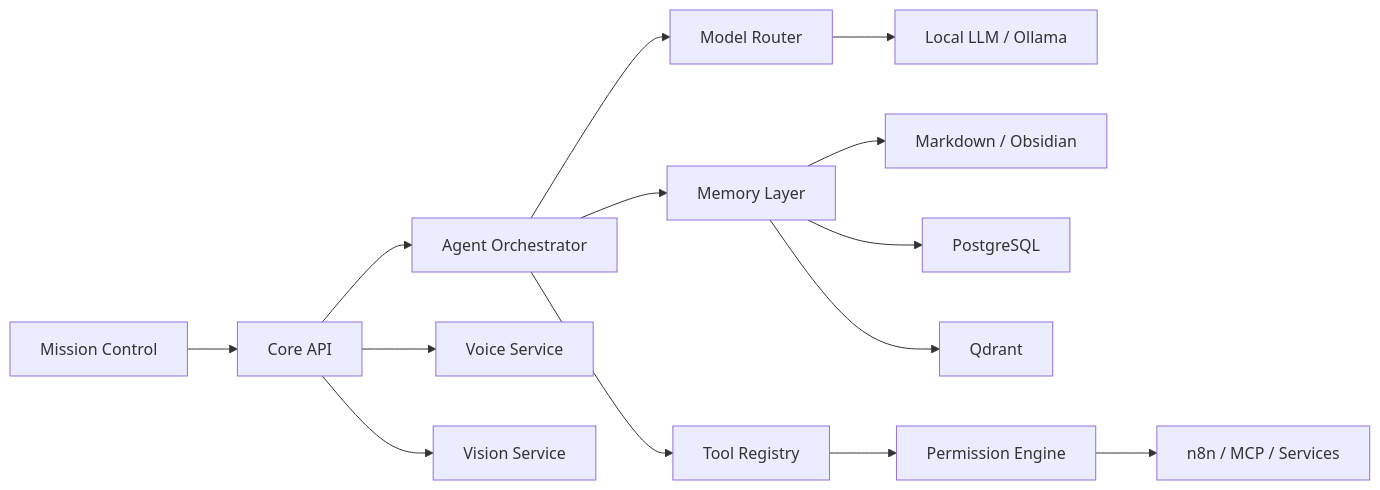
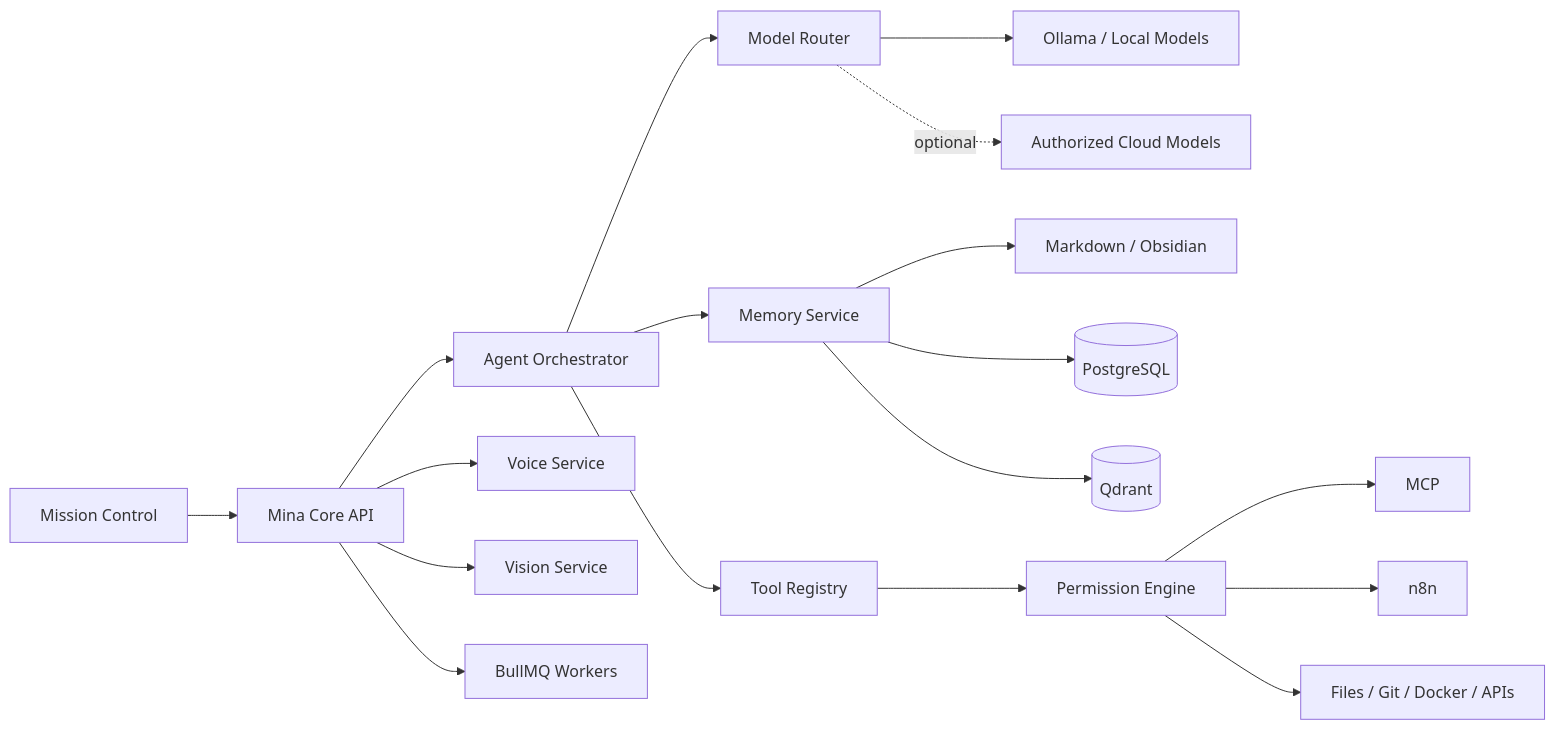
Before and after one commit to KevinT31/Mina: the diagram in README.md, drawn with Mermaid. The commit also changed other lines of this file, not shown here.

````diff
--- a/README.md
+++ b/README.md
@@ -22,20 +37,24 @@
 ```mermaid
 flowchart LR
-    UI[Mission Control] --> API[Core API]
+    UI[Mission Control] --> API[Mina Core API]
     API --> Orchestrator[Agent Orchestrator]
 
     Orchestrator --> Router[Model Router]
-    Router --> Ollama[Local LLM / Ollama]
+    Router --> Ollama[Ollama / Local Models]
+    Router -. optional .-> Cloud[Authorized Cloud Models]
 
-    Orchestrator --> Memory[Memory Layer]
-    Memory --> Markdown[Markdown / Obsidian]
-    Memory --> Postgres[PostgreSQL]
-    Memory --> Qdrant[Qdrant]
+    Orchestrator --> Memory[Memory Service]
+    Memory --> Vault[Markdown / Obsidian]
+    Memory --> SQL[(PostgreSQL)]
+    Memory --> Vector[(Qdrant)]
 
-    Orchestrator --> Registry[Tool Registry]
-    Registry --> Permissions[Permission Engine]
-    Permissions --> Automation[n8n / MCP / Services]
+    Orchestrator --> Tools[Tool Registry]
+    Tools --> Permissions[Permission Engine]
+    Permissions --> MCP[MCP]
+    Permissions --> N8N[n8n]
+    Permissions --> Services[Files / Git / Docker / APIs]
 
     API --> Voice[Voice Service]
     API --> Vision[Vision Service]
+    API --> Workers[BullMQ Workers]
 ```
````
